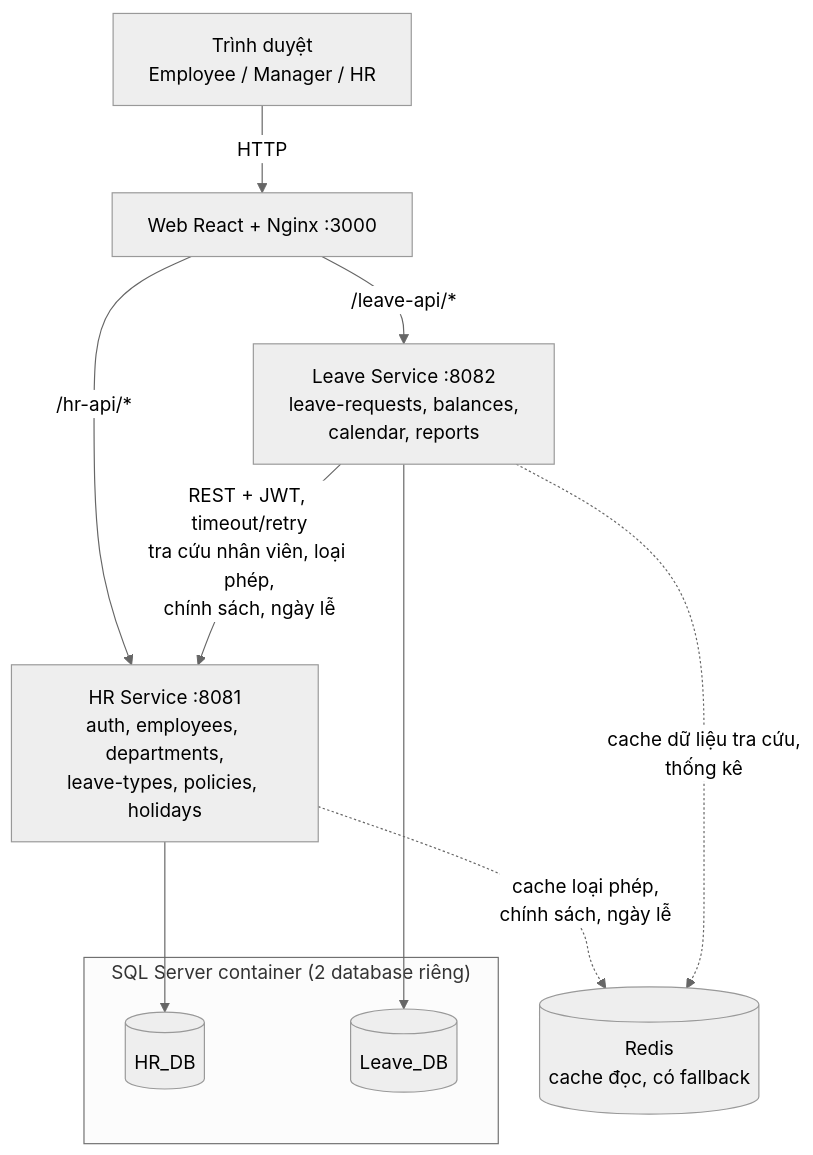
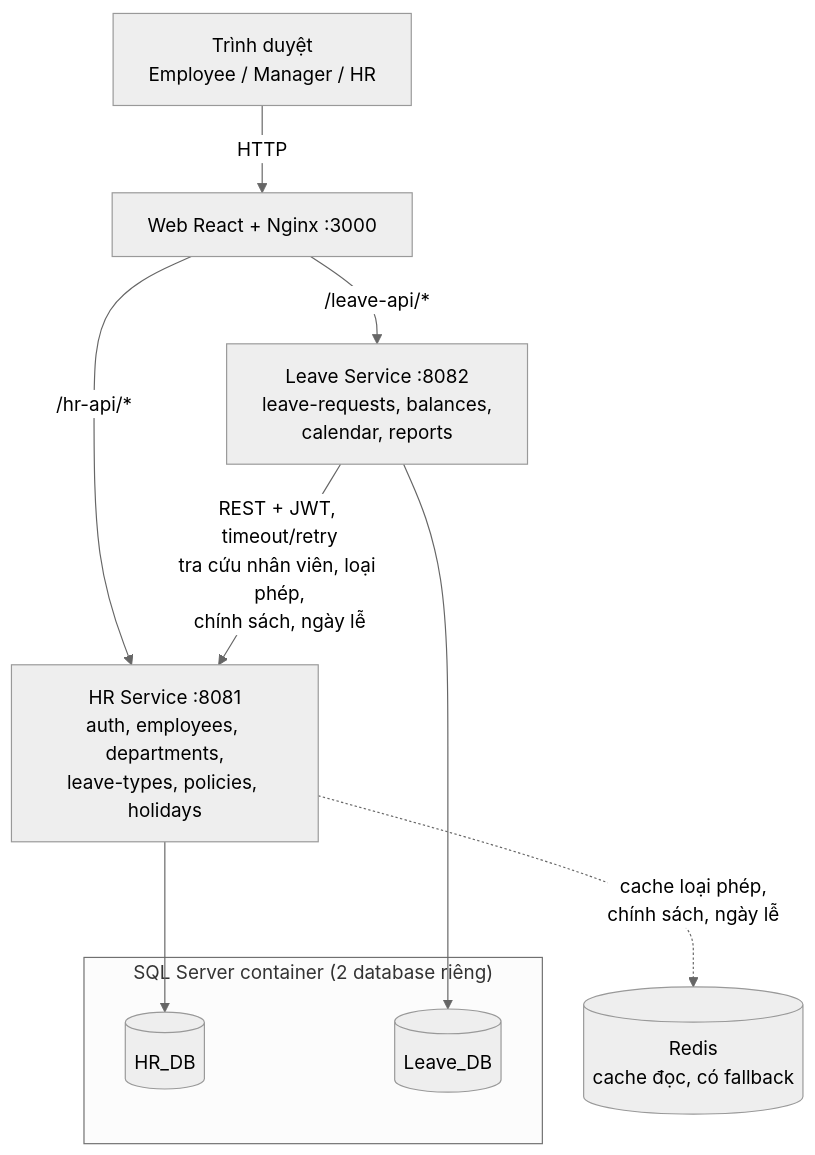
One commit to OlYVER1337/hr-leave-management changed the diagram in docs/architecture/diagrams/mermaid/api-architecture.mmd. Above: the diagram before and after it, drawn with Mermaid (neutral theme). The commit also changed 23 other files, not shown here.

```diff
--- a/docs/architecture/diagrams/mermaid/api-architecture.mmd
+++ b/docs/architecture/diagrams/mermaid/api-architecture.mmd
@@ -1,13 +1,12 @@
 flowchart TB
   U["Trình duyệt<br/>Employee / Manager / HR"] -->|HTTP| W["Web React + Nginx :3000"]
   W -->|"/hr-api/*"| HR["HR Service :8081<br/>auth, employees, departments,<br/>leave-types, policies, holidays"]
   W -->|"/leave-api/*"| LV["Leave Service :8082<br/>leave-requests, balances,<br/>calendar, reports"]
   LV -->|"REST + JWT, timeout/retry<br/>tra cứu nhân viên, loại phép,<br/>chính sách, ngày lễ"| HR
   HR --> HRDB[("HR_DB")]
   LV --> LVDB[("Leave_DB")]
   HR -.->|"cache loại phép,<br/>chính sách, ngày lễ"| R[("Redis<br/>cache đọc, có fallback")]
-  LV -.->|"cache dữ liệu tra cứu,<br/>thống kê"| R
   subgraph SQL["SQL Server container (2 database riêng)"]
     HRDB
     LVDB
   end
```
